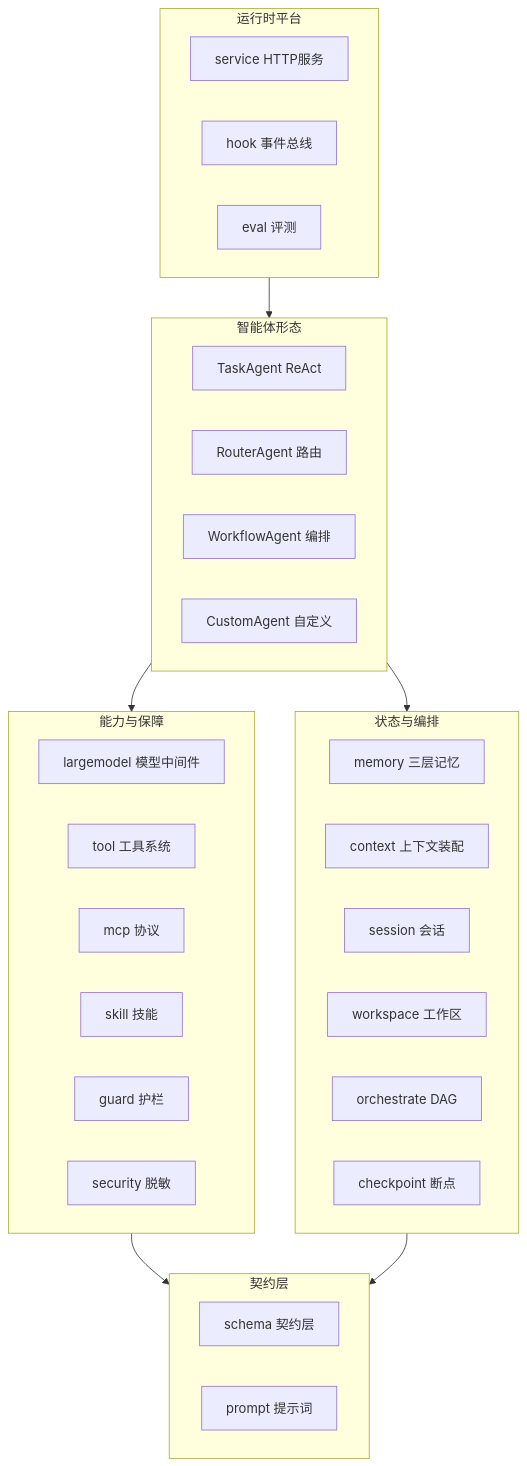
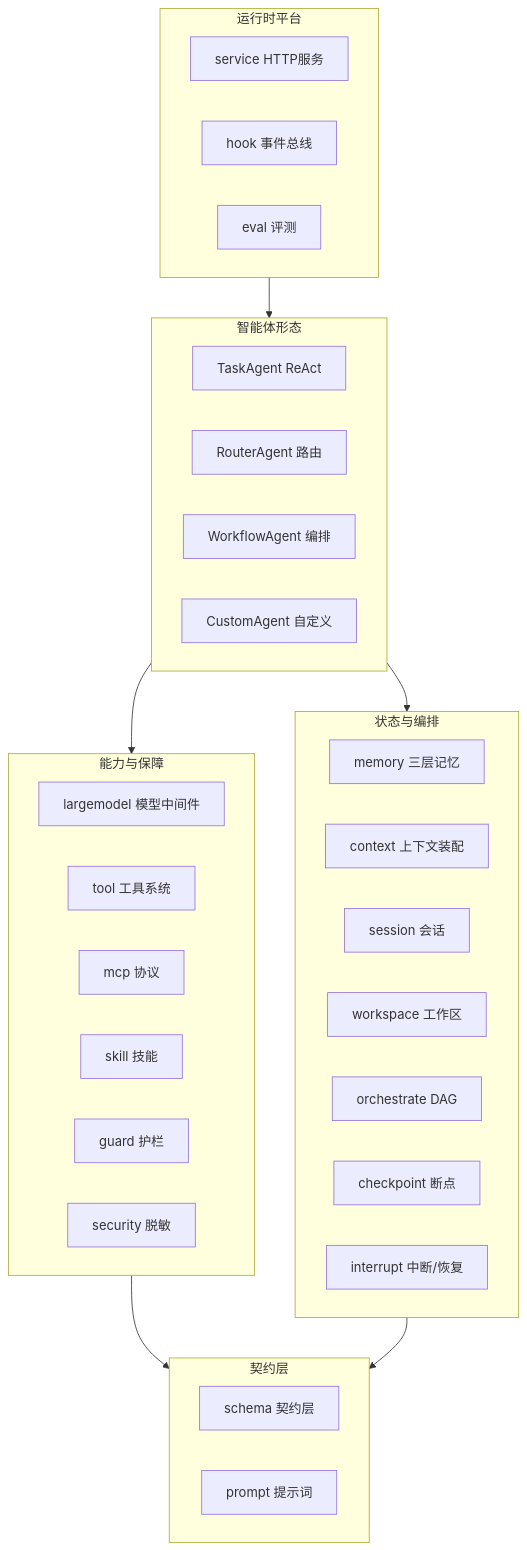
The first of 2 diagrams in doc/architecture/architecture.md (vogo/vage), drawn with Mermaid before and after one commit. The commit also changed other lines of this file and 28 other files, not shown here.

````diff
--- a/doc/architecture/architecture.md
+++ b/doc/architecture/architecture.md
@@ -9,40 +9,41 @@
 ```mermaid
 graph TD
     subgraph L4[运行时平台]
         service[service HTTP服务]
         hook[hook 事件总线]
         eval[eval 评测]
     end
     subgraph L3[智能体形态]
         task[TaskAgent ReAct]
         router[RouterAgent 路由]
         workflow[WorkflowAgent 编排]
         custom[CustomAgent 自定义]
     end
     subgraph L2[能力与保障]
         model[largemodel 模型中间件]
         tool[tool 工具系统]
         mcp[mcp 协议]
         skill[skill 技能]
         guard[guard 护栏]
         security[security 脱敏]
     end
     subgraph L1[状态与编排]
         memory[memory 三层记忆]
         vctx[context 上下文装配]
         session[session 会话]
         workspace[workspace 工作区]
         orchestrate[orchestrate DAG]
         checkpoint[checkpoint 断点]
+        interrupt[interrupt 中断/恢复]
     end
     subgraph L0[契约层]
         schema[schema 契约层]
         prompt[prompt 提示词]
     end
 
     L4 --> L3
     L3 --> L2
     L3 --> L1
     L2 --> L0
     L1 --> L0
 ```
````
